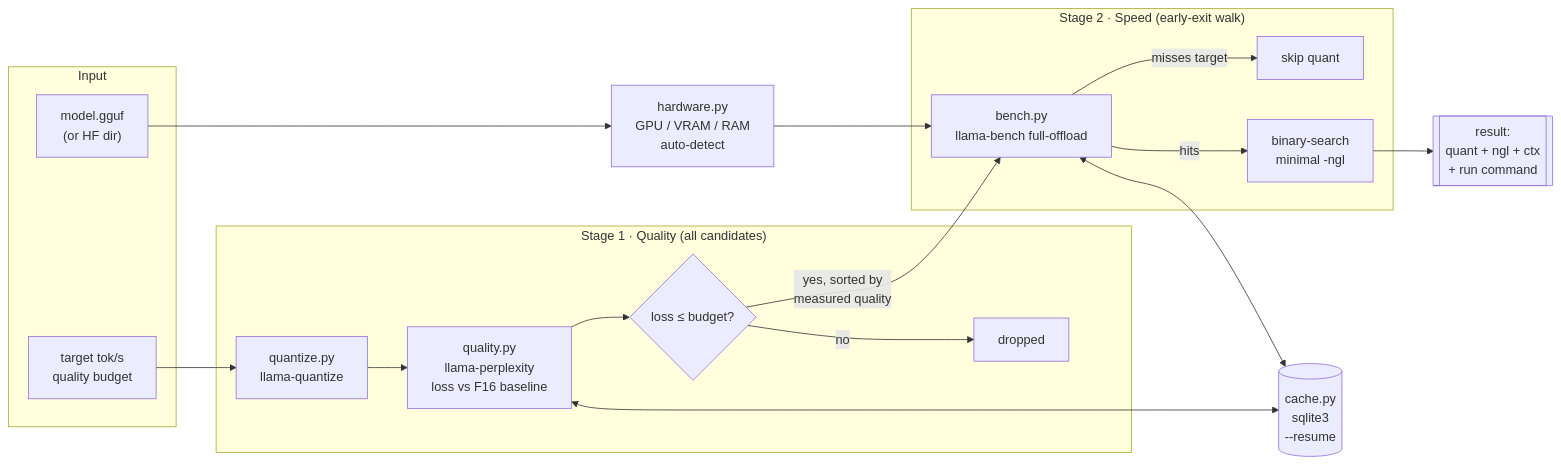
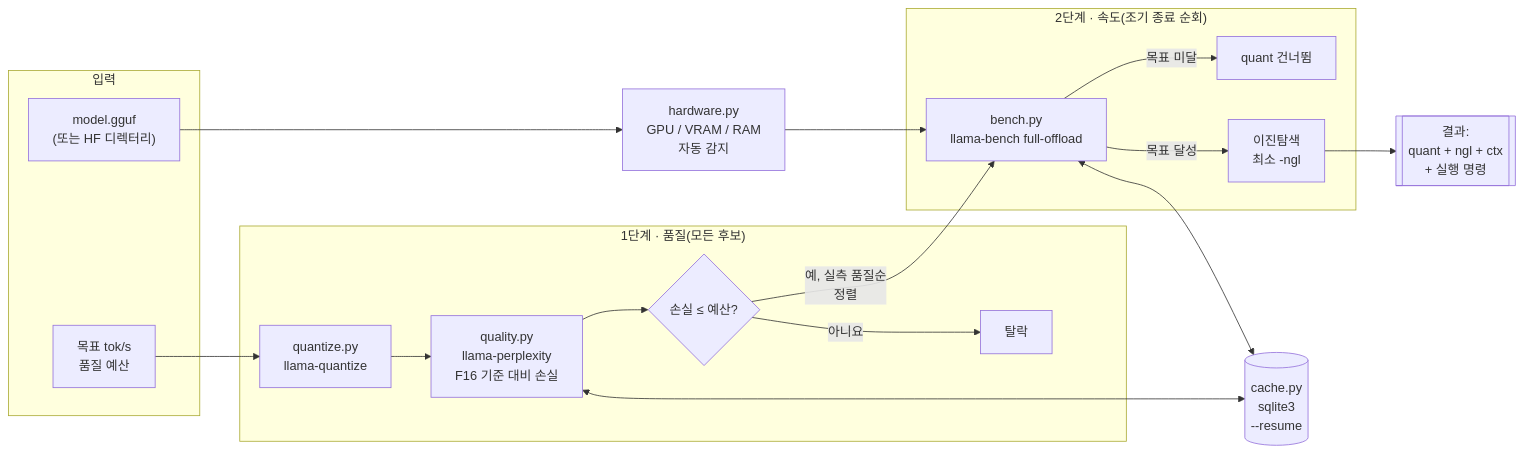
One commit to leeyunseokarchive/fituna changed the diagram in docs/ARCHITECTURE.md. Above: the diagram before and after it, drawn with Mermaid. The commit also changed other lines of this file and 11 other files, not shown here.

````diff
--- a/docs/ARCHITECTURE.md
+++ b/docs/ARCHITECTURE.md
@@ -15,26 +14,26 @@
 ```mermaid
 flowchart LR
-    subgraph Input
-        A["model.gguf<br/>(or HF dir)"]
-        B["target tok/s<br/>quality budget"]
+    subgraph 입력
+        A["model.gguf<br/>(또는 HF 디렉터리)"]
+        B["목표 tok/s<br/>품질 예산"]
     end
 
-    A --> C[hardware.py<br/>GPU / VRAM / RAM<br/>auto-detect]
+    A --> C[hardware.py<br/>GPU / VRAM / RAM<br/>자동 감지]
     B --> D
 
-    subgraph "Stage 1 · Quality (all candidates)"
-        D[quantize.py<br/>llama-quantize] --> E[quality.py<br/>llama-perplexity<br/>loss vs F16 baseline]
-        E --> F{"loss ≤ budget?"}
-        F -- no --> X[dropped]
+    subgraph "1단계 · 품질(모든 후보)"
+        D[quantize.py<br/>llama-quantize] --> E[quality.py<br/>llama-perplexity<br/>F16 기준 대비 손실]
+        E --> F{"손실 ≤ 예산?"}
+        F -- 아니요 --> X[탈락]
     end
 
-    subgraph "Stage 2 · Speed (early-exit walk)"
-        F -- yes, sorted by<br/>measured quality --> G[bench.py<br/>llama-bench full-offload]
-        G -- misses target --> Y[skip quant]
-        G -- hits --> H["binary-search<br/>minimal -ngl"]
+    subgraph "2단계 · 속도(조기 종료 순회)"
+        F -- 예, 실측 품질순<br/>정렬 --> G[bench.py<br/>llama-bench full-offload]
+        G -- 목표 미달 --> Y[quant 건너뜀]
+        G -- 목표 달성 --> H["이진탐색<br/>최소 -ngl"]
     end
 
     C --> G
-    H --> I[["result:<br/>quant + ngl + ctx<br/>+ run command"]]
+    H --> I[["결과:<br/>quant + ngl + ctx<br/>+ 실행 명령"]]
     E & G <--> K[(cache.py<br/>sqlite3<br/>--resume)]
 ```
````
